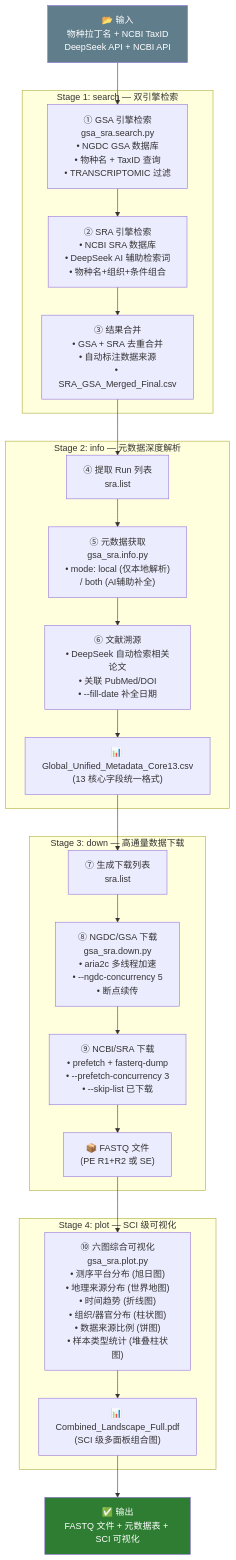
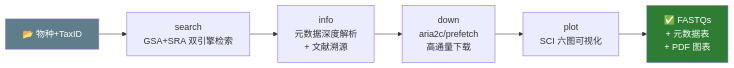
One commit to zhangwenda0518/MMPV-RNA changed the first of 6 diagrams in doc/MMPV-RNA_pipelines_flow.md. Above: the diagram before and after it, drawn with Mermaid. The commit also changed other lines of this file, not shown here.

Commit message:
docs: 四管道流程图改为横向展开 (flowchart LR) + 阶段表格

````diff
--- a/doc/MMPV-RNA_pipelines_flow.md
+++ b/doc/MMPV-RNA_pipelines_flow.md
@@ -9,39 +7,11 @@
 ```mermaid
-flowchart TD
-    A["📂 输入<br/>物种拉丁名 + NCBI TaxID<br/>DeepSeek API + NCBI API"] --> B
-
-    subgraph SEARCH["Stage 1: search — 双引擎检索"]
-        B["① GSA 引擎检索<br/>gsa_sra.search.py<br/>• NGDC GSA 数据库<br/>• 物种名 + TaxID 查询<br/>• TRANSCRIPTOMIC 过滤"]
-        B1["② SRA 引擎检索<br/>• NCBI SRA 数据库<br/>• DeepSeek AI 辅助检索词<br/>• 物种名+组织+条件组合"]
-        B --> B1
-        B1 --> B2["③ 结果合并<br/>• GSA + SRA 去重合并<br/>• 自动标注数据来源<br/>• SRA_GSA_Merged_Final.csv"]
-    end
-
-    B2 --> C["④ 提取 Run 列表<br/>sra.list"]
-
-    subgraph INFO["Stage 2: info — 元数据深度解析"]
-        C --> C1["⑤ 元数据获取<br/>gsa_sra.info.py<br/>• mode: local (仅本地解析)<br/>  / both (AI辅助补全)"]
-        C1 --> C2["⑥ 文献溯源<br/>• DeepSeek 自动检索相关论文<br/>• 关联 PubMed/DOI<br/>• --fill-date 补全日期"]
-        C2 --> C3["📊 Global_Unified_Metadata_Core13.csv<br/>(13 核心字段统一格式)"]
-    end
-
-    C3 --> D["⑦ 生成下载列表<br/>sra.list"]
-
-    subgraph DOWN["Stage 3: down — 高通量数据下载"]
-        D --> D1["⑧ NGDC/GSA 下载<br/>gsa_sra.down.py<br/>• aria2c 多线程加速<br/>• --ngdc-concurrency 5<br/>• 断点续传"]
-        D1 --> D2["⑨ NCBI/SRA 下载<br/>• prefetch + fasterq-dump<br/>• --prefetch-concurrency 3<br/>• --skip-list 已下载"]
-        D2 --> D3["📦 FASTQ 文件<br/>(PE R1+R2 或 SE)"]
-    end
-
-    D3 --> E
-
-    subgraph PLOT["Stage 4: plot — SCI 级可视化"]
-        E["⑩ 六图综合可视化<br/>gsa_sra.plot.py<br/>• 测序平台分布 (旭日图)<br/>• 地理来源分布 (世界地图)<br/>• 时间趋势 (折线图)<br/>• 组织/器官分布 (柱状图)<br/>• 数据来源比例 (饼图)<br/>• 样本类型统计 (堆叠柱状图)"]
-        E --> E1["📊 Combined_Landscape_Full.pdf<br/>(SCI 级多面板组合图)"]
-    end
-
-    E1 --> OUT1["✅ 输出<br/>FASTQ 文件 + 元数据表 + SCI 可视化"]
+flowchart LR
+    A["📂 物种+TaxID"] --> B["search<br/>GSA+SRA 双引擎检索"]
+    B --> C["info<br/>元数据深度解析<br/>+ 文献溯源"]
+    C --> D["down<br/>aria2c/prefetch<br/>高通量下载"]
+    D --> E["plot<br/>SCI 六图可视化"]
+    E --> F["✅ FASTQs<br/>+ 元数据表<br/>+ PDF 图表"]
 
     style A fill:#607d8b,color:#fff
-    style OUT1 fill:#2e7d32,color:#fff
+    style F fill:#2e7d32,color:#fff
 ```
````
